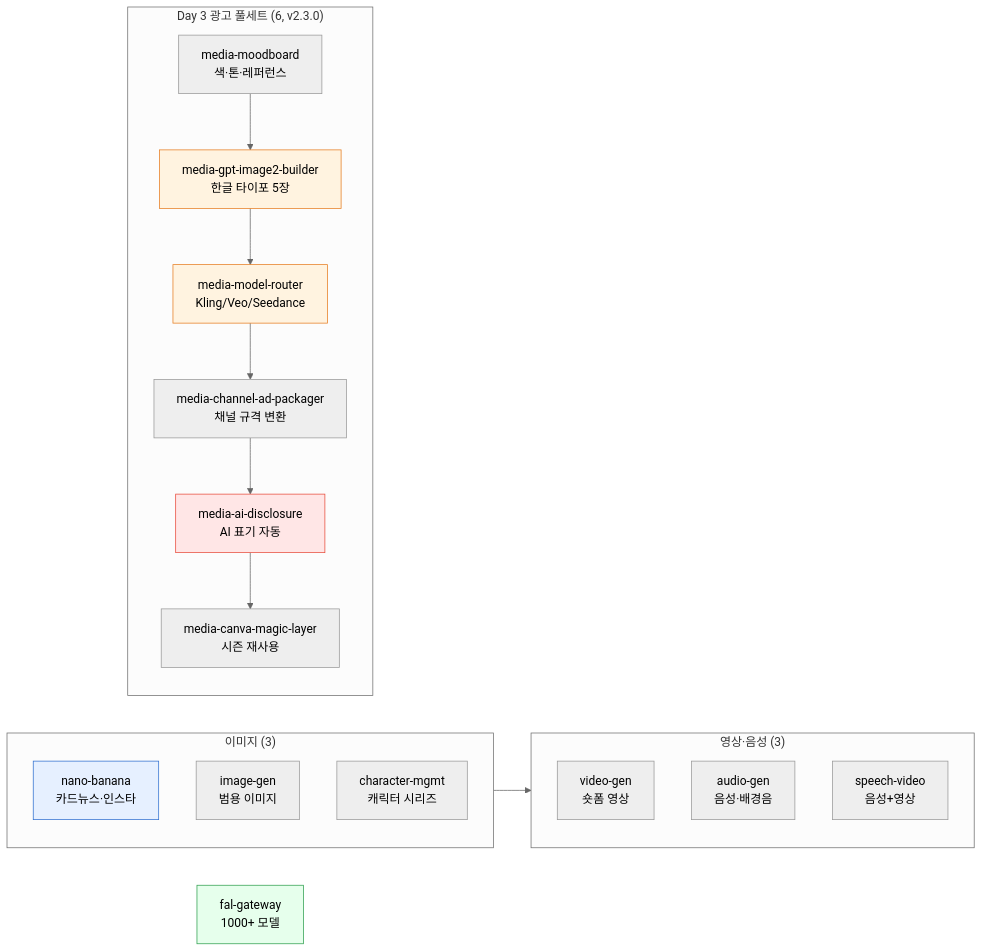
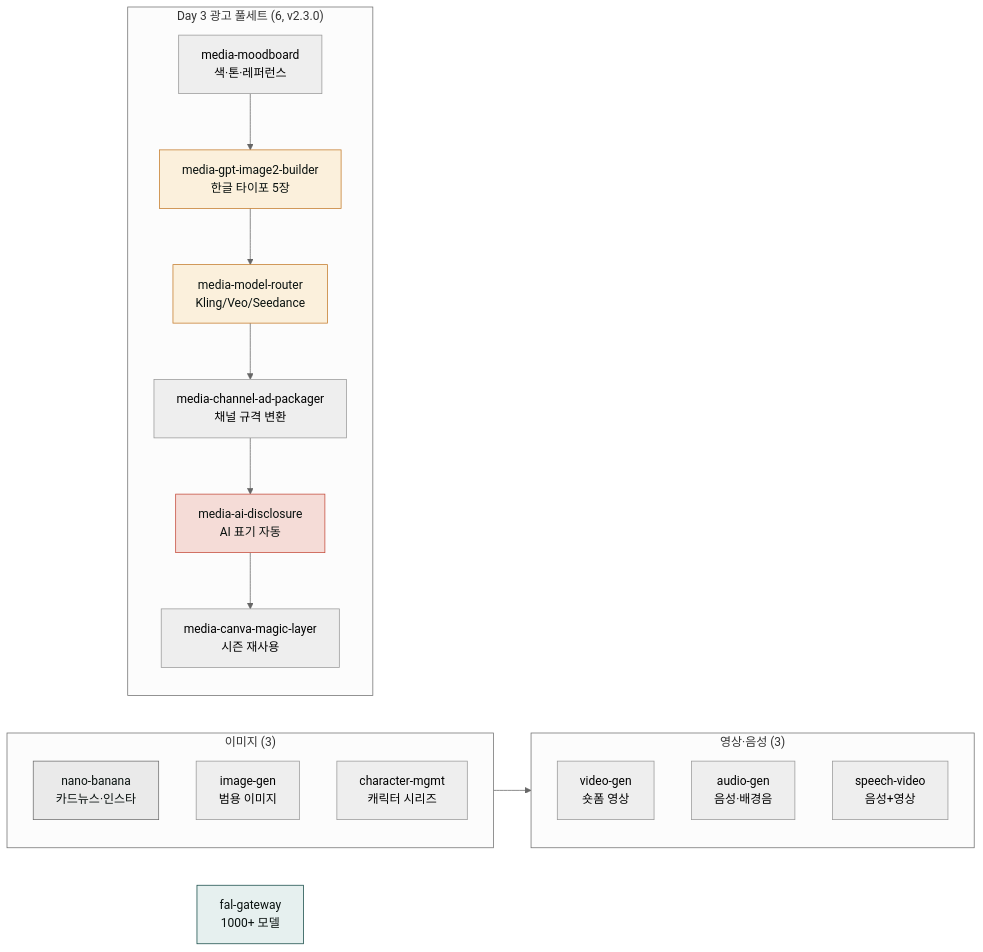
One commit to modu-ai/claude changed the diagram in content/plugins/moai-media.md. Above: the diagram before and after it, drawn with Mermaid (neutral theme). The commit also changed 97 other files, not shown here.

First line of the commit message:
style(docs-site): mermaid 색상 브랜드 정합 + 라이트 테마 단일화

````diff
--- a/content/plugins/moai-media.md
+++ b/content/plugins/moai-media.md
@@ -13,29 +13,29 @@
 ```mermaid
 flowchart LR
     subgraph 이미지["이미지 (3)"]
         A["nano-banana<br/>카드뉴스·인스타"]
         B["image-gen<br/>범용 이미지"]
         C["character-mgmt<br/>캐릭터 시리즈"]
     end
     subgraph 영상음성["영상·음성 (3)"]
         D["video-gen<br/>숏폼 영상"]
         E["audio-gen<br/>음성·배경음"]
         F["speech-video<br/>음성+영상"]
     end
     G["fal-gateway<br/>1000+ 모델"]
     subgraph Day3["Day 3 광고 풀세트 (6, v2.3.0)"]
         H["media-moodboard<br/>색·톤·레퍼런스"]
         I["media-gpt-image2-builder<br/>한글 타이포 5장"]
         J["media-model-router<br/>Kling/Veo/Seedance"]
         K["media-channel-ad-packager<br/>채널 규격 변환"]
         L["media-ai-disclosure<br/>AI 표기 자동"]
         M["media-canva-magic-layer<br/>시즌 재사용"]
     end
     이미지 --> 영상음성
     H --> I --> J --> K --> L --> M
-    style A fill:#e6f0ff,stroke:#3070d0
-    style G fill:#e6ffec,stroke:#30a050
-    style I fill:#fff3e0,stroke:#e67e22
-    style J fill:#fff3e0,stroke:#e67e22
-    style L fill:#ffe6e6,stroke:#e74c3c
+    style A fill:#eaeaea,stroke:#6e6e6e,color:#09110f
+    style G fill:#e6f0ef,stroke:#144a46,color:#09110f
+    style I fill:#fbf0dc,stroke:#c47b2a,color:#09110f
+    style J fill:#fbf0dc,stroke:#c47b2a,color:#09110f
+    style L fill:#f5dcd7,stroke:#c44a3a,color:#09110f
 ```
````
